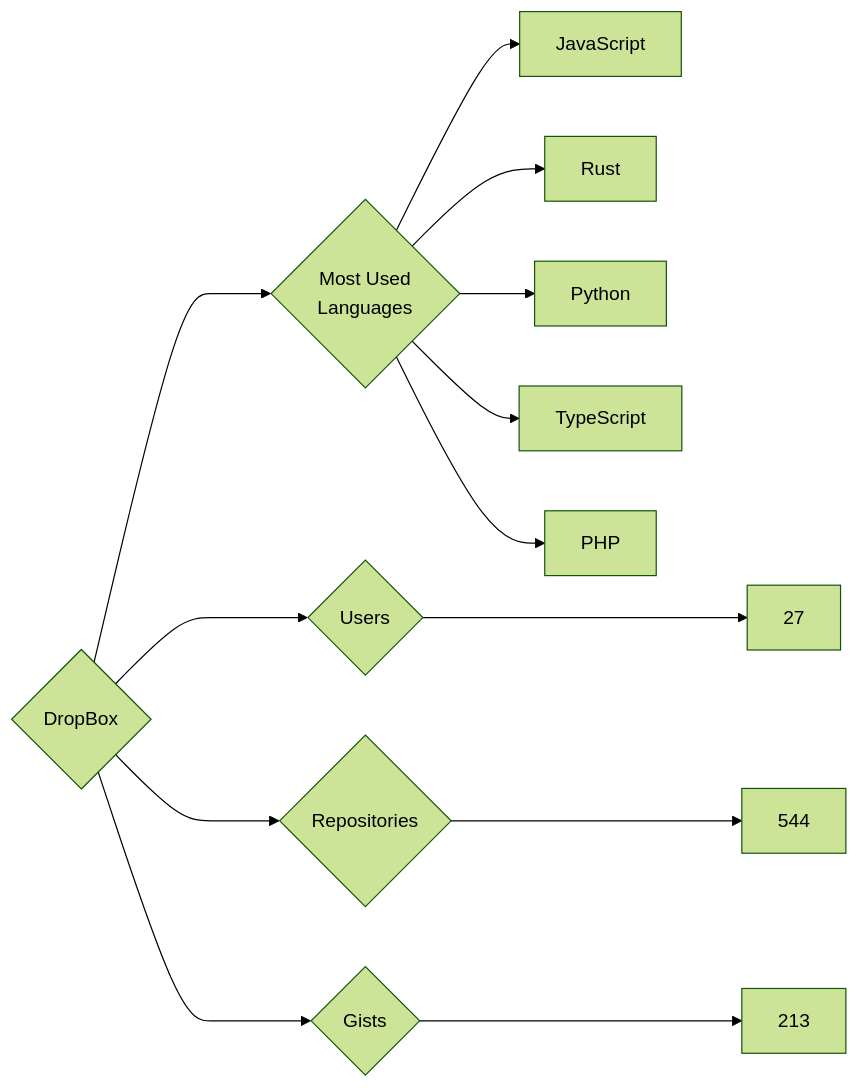
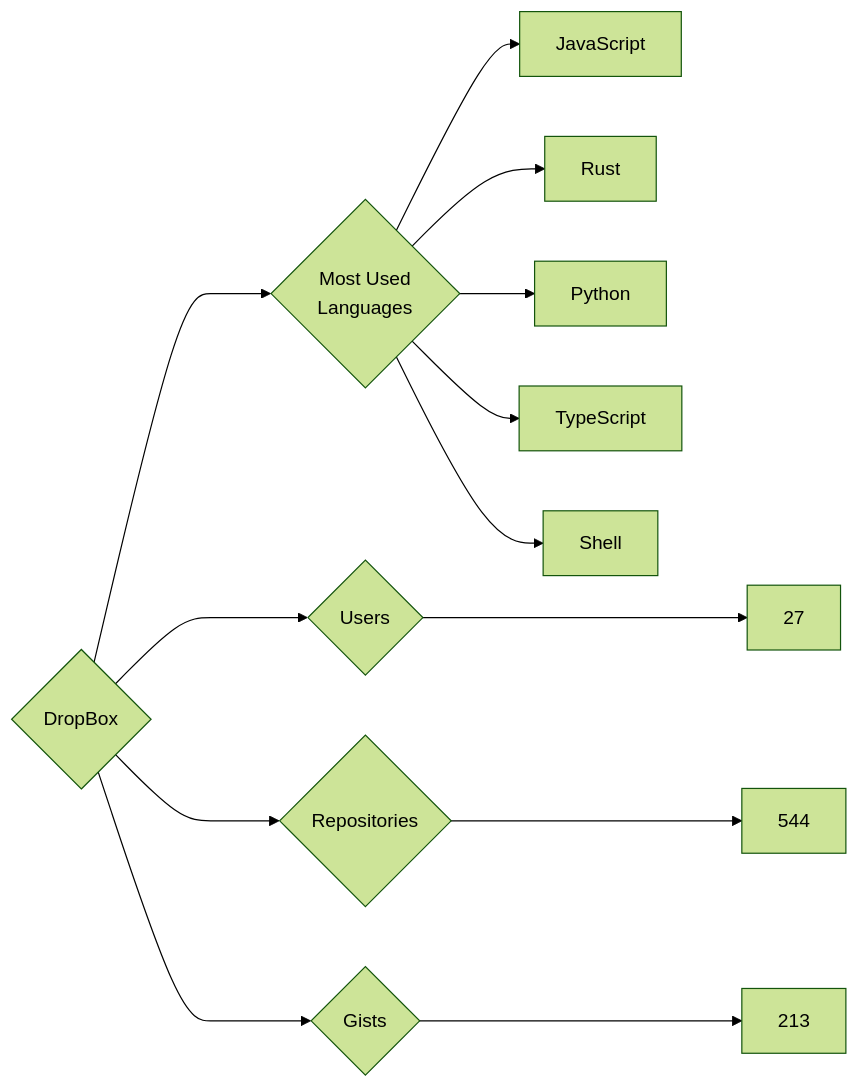
Before and after one commit to trickest/insiders: the diagram in targets/DropBox/README.md, drawn with Mermaid (forest theme). The commit also changed 924 other files, not shown here.

````diff
--- a/targets/DropBox/README.md
+++ b/targets/DropBox/README.md
@@ -3,13 +3,13 @@
 ```mermaid
 graph LR
 COMPANY_NAME{DropBox}
 COMPANY_NAME ---> U{Users} ---> UN[27]
 COMPANY_NAME ---> R{Repositories} ---> RN[544]
 COMPANY_NAME ---> G{Gists} ---> GN[213]
 COMPANY_NAME ---> ML{Most Used<br>Languages}
 ML --> JavaScript[JavaScript]
 ML --> Rust[Rust]
 ML --> Python[Python]
 ML --> TypeScript[TypeScript]
-ML --> PHP[PHP]
+ML --> Shell[Shell]
 ```
````
